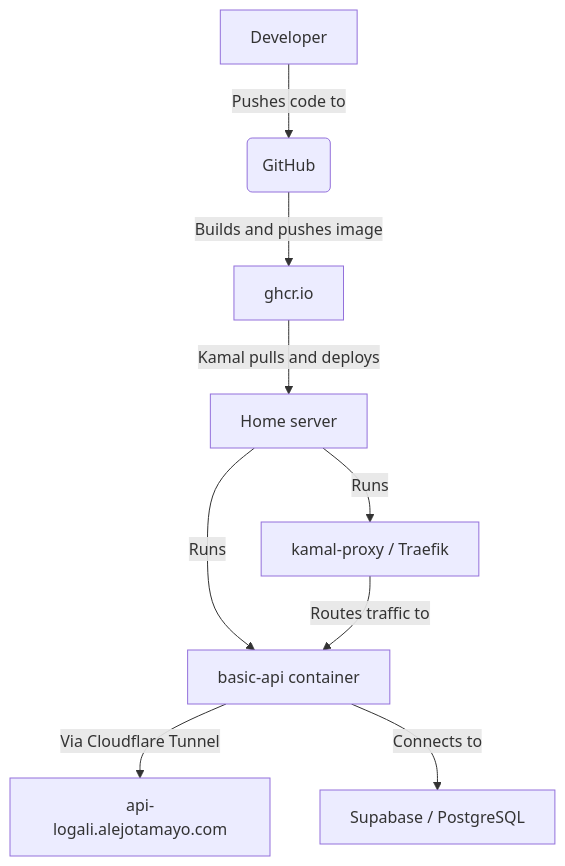
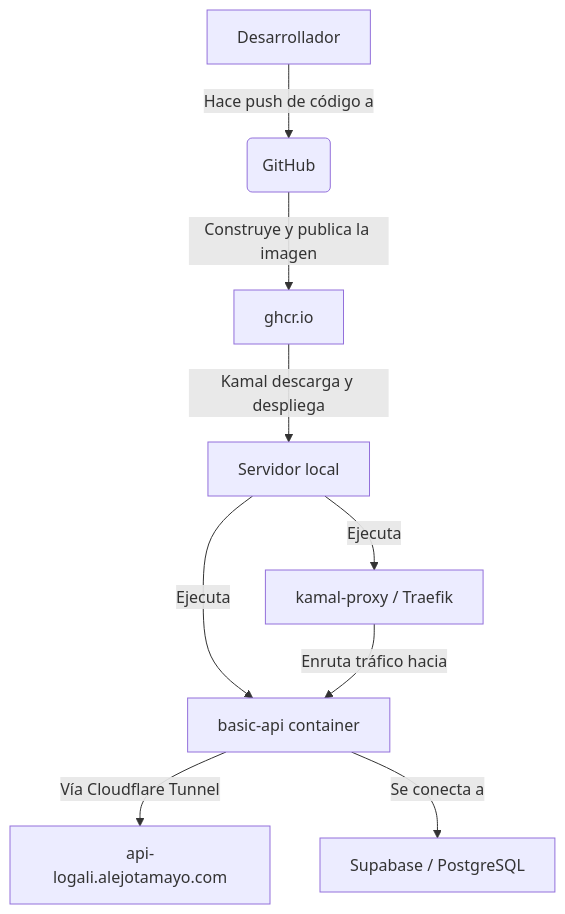
One commit to Alejotamayo28/formapro-api changed the diagram in README.md. Above: the diagram before and after it, drawn with Mermaid. The commit also changed other lines of this file, not shown here.

Commit message:
docs: unify README in Spanish and document API limitations

````diff
--- a/README.md
+++ b/README.md
@@ -183,11 +170,11 @@
 ```mermaid
 flowchart TD
-    A[Developer] -->|Pushes code to| B(GitHub)
-    B -->|Builds and pushes image| C[ghcr.io]
-    C -->|Kamal pulls and deploys| D[Home server]
-    D -->|Runs| E[kamal-proxy / Traefik]
-    D -->|Runs| F[basic-api container]
-    E -->|Routes traffic to| F
-    F -->|Via Cloudflare Tunnel| G[api-logali.alejotamayo.com]
-    F -->|Connects to| H[Supabase / PostgreSQL]
+    A[Desarrollador] -->|Hace push de código a| B(GitHub)
+    B -->|Construye y publica la imagen| C[ghcr.io]
+    C -->|Kamal descarga y despliega| D[Servidor local]
+    D -->|Ejecuta| E[kamal-proxy / Traefik]
+    D -->|Ejecuta| F[basic-api container]
+    E -->|Enruta tráfico hacia| F
+    F -->|Vía Cloudflare Tunnel| G[api-logali.alejotamayo.com]
+    F -->|Se conecta a| H[Supabase / PostgreSQL]
 ```
````
